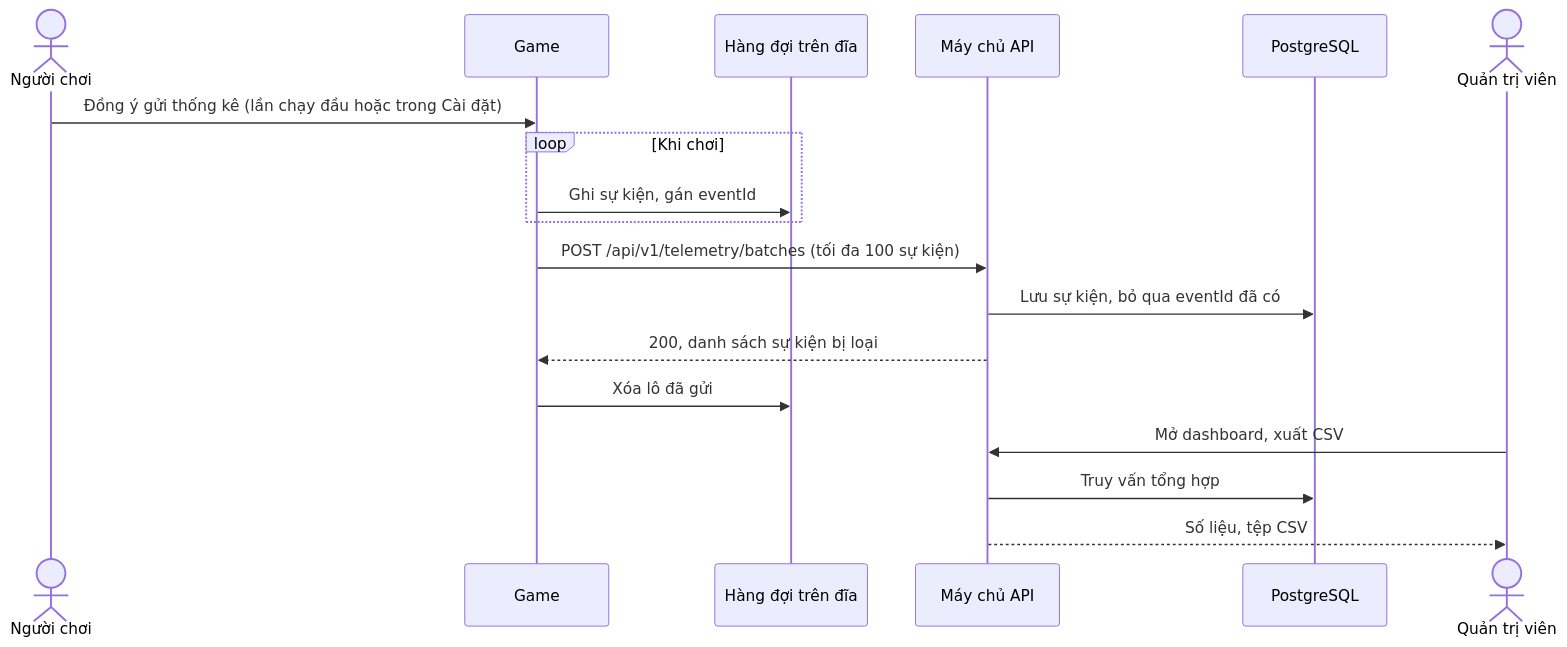
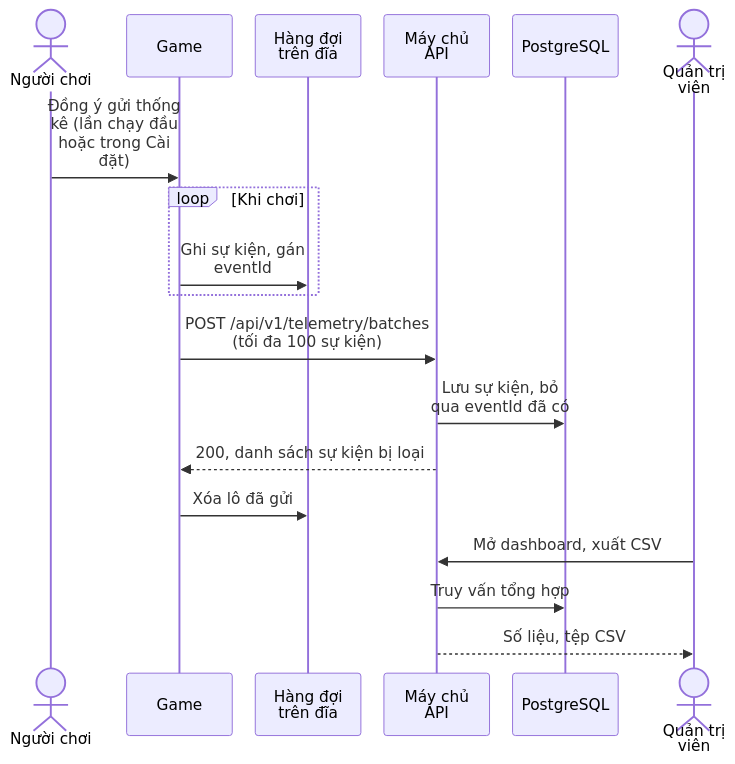
One commit to qivarnq3g/3-gio-12 changed the second of 4 diagrams in docs/thiet-ke/kien-truc-he-thong.md. Above: the diagram before and after it, drawn with Mermaid. The commit also changed other lines of this file and 23 other files, not shown here.

````diff
--- a/docs/thiet-ke/kien-truc-he-thong.md
+++ b/docs/thiet-ke/kien-truc-he-thong.md
@@ -131,21 +134,22 @@
 ```mermaid
+%%{init: {"sequence": {"actorMargin": 24, "width": 110, "wrap": true, "messageMargin": 30}}}%%
 sequenceDiagram
     actor P as Người chơi
     participant G as Game
-    participant Q as Hàng đợi trên đĩa
+    participant Q as Hàng đợi<br/>trên đĩa
     participant A as Máy chủ API
     participant D as PostgreSQL
     actor M as Quản trị viên
 
     P->>G: Đồng ý gửi thống kê (lần chạy đầu hoặc trong Cài đặt)
     loop Khi chơi
         G->>Q: Ghi sự kiện, gán eventId
     end
-    G->>A: POST /api/v1/telemetry/batches (tối đa 100 sự kiện)
+    G->>A: POST /api/v1/telemetry/batches<br/>(tối đa 100 sự kiện)
     A->>D: Lưu sự kiện, bỏ qua eventId đã có
     A-->>G: 200, danh sách sự kiện bị loại
     G->>Q: Xóa lô đã gửi
     M->>A: Mở dashboard, xuất CSV
     A->>D: Truy vấn tổng hợp
     A-->>M: Số liệu, tệp CSV
 ```
````
